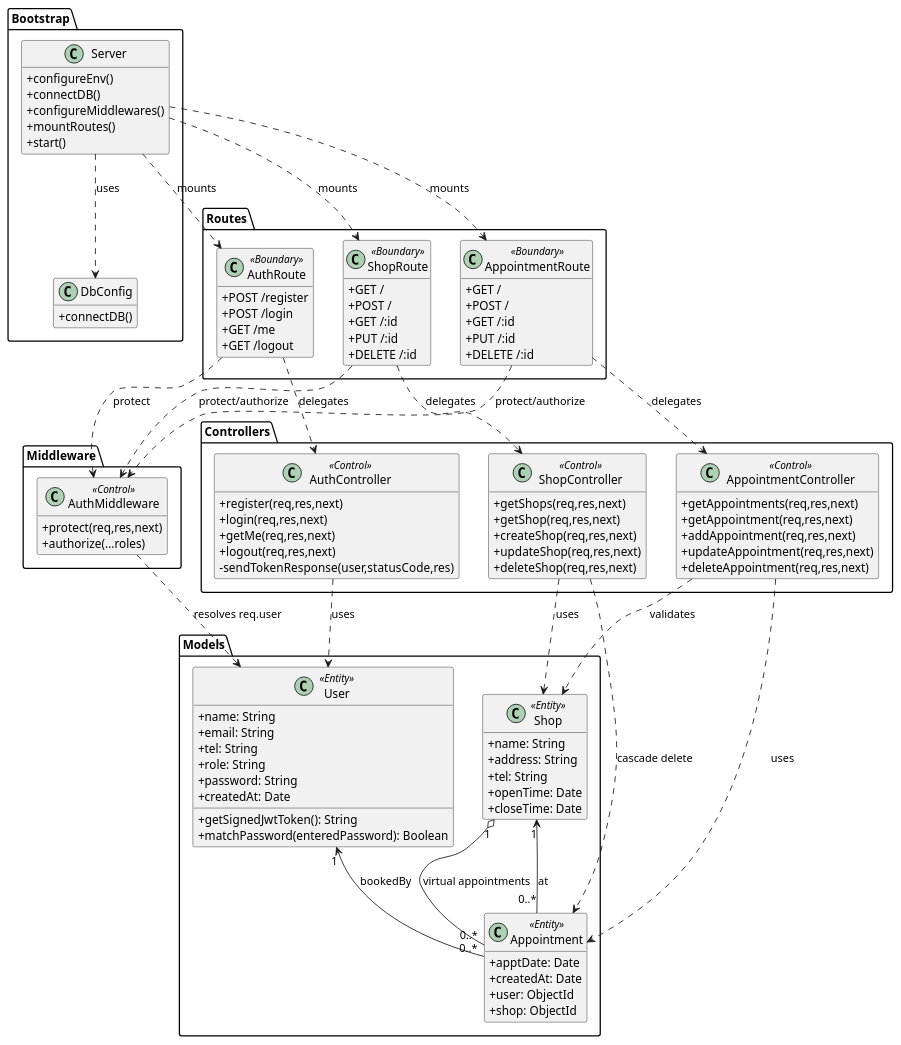
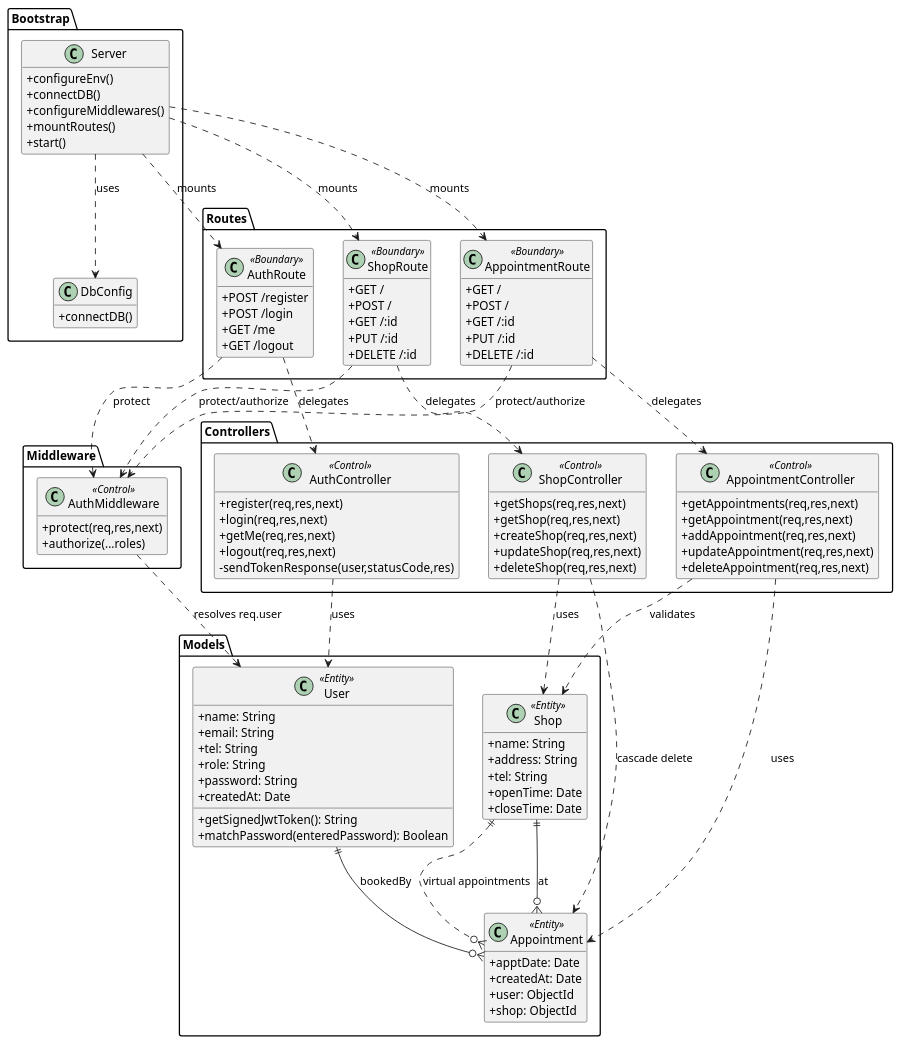
Before and after one commit to VeryBigGolf/hause89-backend: the diagram in class-diagram.puml, drawn with PlantUML.

Commit message:
use crowfoot notation in class-diagram.puml

```diff
--- a/class-diagram.puml
+++ b/class-diagram.puml
@@ -1,129 +1,129 @@
 @startuml Backend Class Diagram
 skinparam classAttributeIconSize 0
 hide empty members
 
 package "Bootstrap" {
   class Server {
     +configureEnv()
     +connectDB()
     +configureMiddlewares()
     +mountRoutes()
     +start()
   }
 
   class DbConfig {
     +connectDB()
   }
 }
 
 package "Middleware" {
   class AuthMiddleware <<Control>> {
     +protect(req,res,next)
     +authorize(...roles)
   }
 }
 
 package "Routes" {
   class AuthRoute <<Boundary>> {
     +POST /register
     +POST /login
     +GET /me
     +GET /logout
   }
 
   class ShopRoute <<Boundary>> {
     +GET /
     +POST /
     +GET /:id
     +PUT /:id
     +DELETE /:id
   }
 
   class AppointmentRoute <<Boundary>> {
     +GET /
     +POST /
     +GET /:id
     +PUT /:id
     +DELETE /:id
   }
 }
 
 package "Controllers" {
   class AuthController <<Control>> {
     +register(req,res,next)
     +login(req,res,next)
     +getMe(req,res,next)
     +logout(req,res,next)
     -sendTokenResponse(user,statusCode,res)
   }
 
   class ShopController <<Control>> {
     +getShops(req,res,next)
     +getShop(req,res,next)
     +createShop(req,res,next)
     +updateShop(req,res,next)
     +deleteShop(req,res,next)
   }
 
   class AppointmentController <<Control>> {
     +getAppointments(req,res,next)
     +getAppointment(req,res,next)
     +addAppointment(req,res,next)
     +updateAppointment(req,res,next)
     +deleteAppointment(req,res,next)
   }
 }
 
 package "Models" {
   class User <<Entity>> {
     +name: String
     +email: String
     +tel: String
     +role: String
     +password: String
     +createdAt: Date
     +getSignedJwtToken(): String
     +matchPassword(enteredPassword): Boolean
   }
 
   class Shop <<Entity>> {
     +name: String
     +address: String
     +tel: String
     +openTime: Date
     +closeTime: Date
   }
 
   class Appointment <<Entity>> {
     +apptDate: Date
     +createdAt: Date
     +user: ObjectId
     +shop: ObjectId
   }
 }
 
 Server ..> DbConfig : uses
 Server ..> AuthRoute : mounts
 Server ..> ShopRoute : mounts
 Server ..> AppointmentRoute : mounts
 
 AuthRoute ..> AuthController : delegates
 ShopRoute ..> ShopController : delegates
 AppointmentRoute ..> AppointmentController : delegates
 
 AuthRoute ..> AuthMiddleware : protect
 ShopRoute ..> AuthMiddleware : protect/authorize
 AppointmentRoute ..> AuthMiddleware : protect/authorize
 
 AuthController ..> User : uses
 ShopController ..> Shop : uses
 ShopController ..> Appointment : cascade delete
 AppointmentController ..> Appointment : uses
 AppointmentController ..> Shop : validates
 AuthMiddleware ..> User : resolves req.user
 
-User "1" <-- "0..*" Appointment : bookedBy
-Shop "1" <-- "0..*" Appointment : at
-Shop "1" o-- "0..*" Appointment : virtual appointments
+User ||--o{ Appointment : bookedBy
+Shop ||--o{ Appointment : at
+Shop ||..o{ Appointment : virtual appointments
 
 @enduml
```
